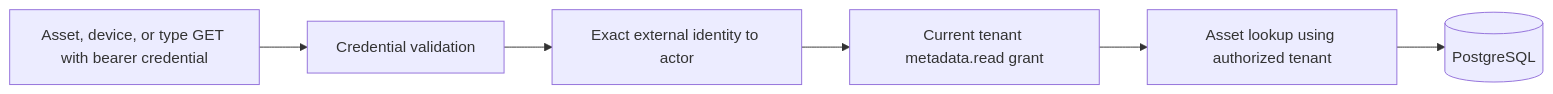
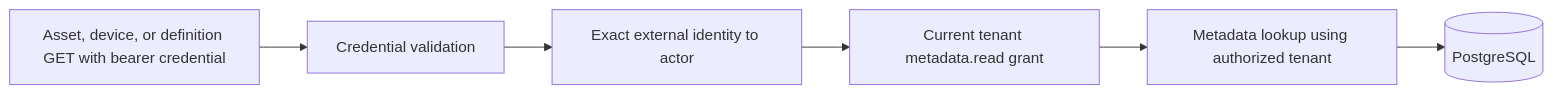
The second of 5 diagrams in docs/architecture/README.md (stanimirivanov/fleetiq-platform), drawn with Mermaid before and after one commit. The commit also changed other lines of this file and 11 other files, not shown here.

````diff
--- a/docs/architecture/README.md
+++ b/docs/architecture/README.md
@@ -46,11 +46,11 @@
 ```mermaid
 flowchart LR
-    Request[Asset, device, or type GET with bearer credential]
+    Request[Asset, device, or definition GET with bearer credential]
     Validator[Credential validation]
     Resolver[Exact external identity to actor]
     Policy[Current tenant metadata.read grant]
-    Service[Asset lookup using authorized tenant]
+    Service[Metadata lookup using authorized tenant]
     Store[(PostgreSQL)]
 
     Request --> Validator --> Resolver --> Policy --> Service --> Store
 ```
````
